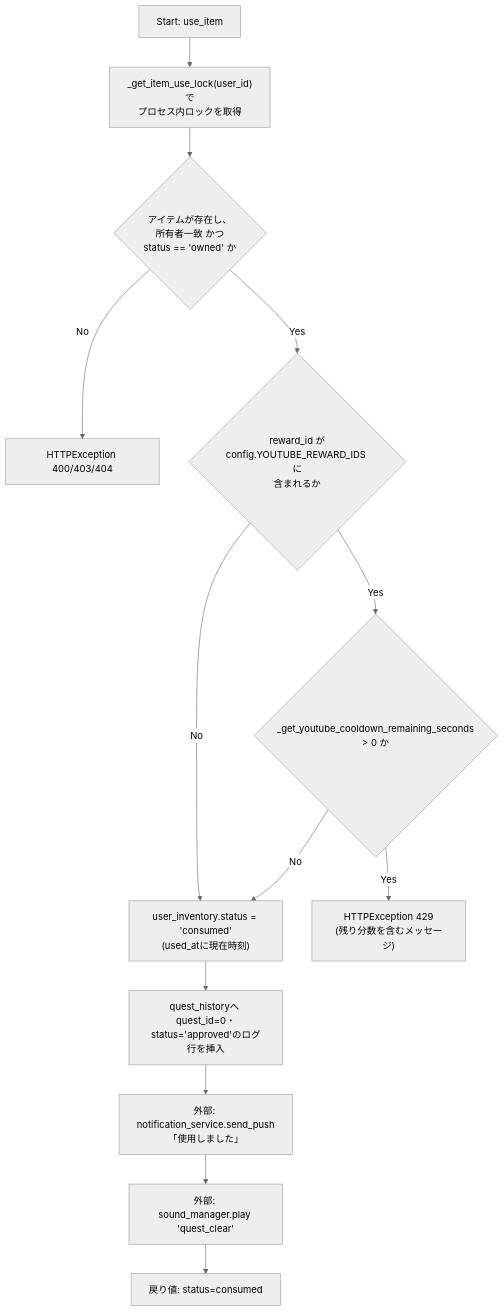
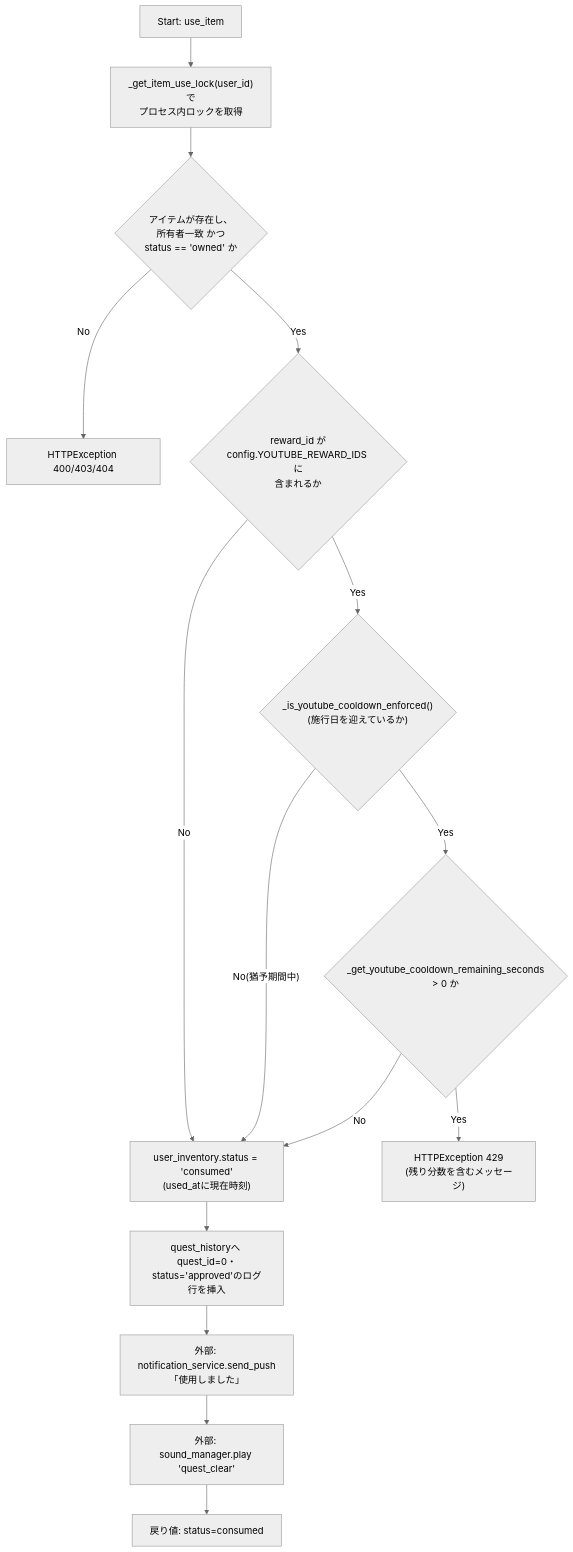
Before and after one commit to mmtigers/my_python_project: the fourth of 5 diagrams in docs/specifications/MY_HOME_SYSTEM/quest_service.md, drawn with Mermaid (neutral theme). The commit also changed other lines of this file and 3 other files, not shown here.

````diff
--- a/docs/specifications/MY_HOME_SYSTEM/quest_service.md
+++ b/docs/specifications/MY_HOME_SYSTEM/quest_service.md
@@ -761,15 +774,17 @@
 ```mermaid
 flowchart TD
     UStart[Start: use_item] --> ULock["_get_item_use_lock(user_id)で<br>プロセス内ロックを取得"]
     ULock --> UCheck{"アイテムが存在し、<br>所有者一致 かつ<br>status == 'owned' か"}
     UCheck -- No --> UErr[HTTPException 400/403/404]
     UCheck -- Yes --> UYoutubeCheck{"reward_id が<br>config.YOUTUBE_REWARD_IDS に<br>含まれるか"}
     UYoutubeCheck -- No --> USetConsumed
-    UYoutubeCheck -- Yes --> UCooldownCheck{"_get_youtube_cooldown_remaining_seconds<br>> 0 か"}
+    UYoutubeCheck -- Yes --> UEnforcedCheck{"_is_youtube_cooldown_enforced()<br>(施行日を迎えているか)"}
+    UEnforcedCheck -- No(猶予期間中) --> USetConsumed
+    UEnforcedCheck -- Yes --> UCooldownCheck{"_get_youtube_cooldown_remaining_seconds<br>> 0 か"}
     UCooldownCheck -- Yes --> UCooldownErr["HTTPException 429<br>(残り分数を含むメッセージ)"]
     UCooldownCheck -- No --> USetConsumed["user_inventory.status = 'consumed'<br>(used_atに現在時刻)"]
     USetConsumed --> UInsertHistory["quest_historyへ quest_id=0・<br>status='approved'のログ行を挿入"]
     UInsertHistory --> UNotify["外部: notification_service.send_push<br>「使用しました」"]
     UNotify --> UPlaySound["外部: sound_manager.play 'quest_clear'"]
     UPlaySound --> UReturn["戻り値: status=consumed"]
 ```
````
